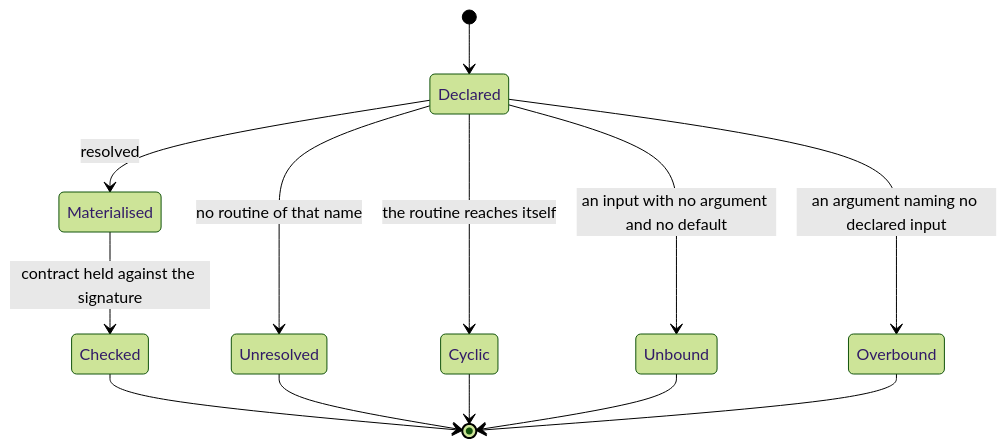
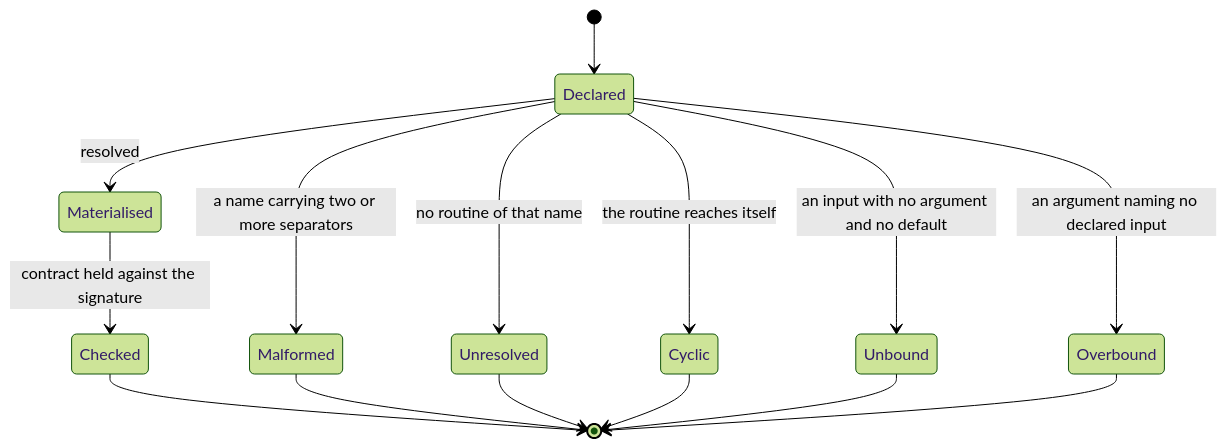
The ninth of 9 diagrams in artifacts/planning/2026-09-03-routines/README.md (m2ux/workflow-server), drawn with Mermaid (forest theme) before and after one commit. The commit also changed other lines of this file and 22 other files, not shown here.

````diff
--- a/artifacts/planning/2026-09-03-routines/README.md
+++ b/artifacts/planning/2026-09-03-routines/README.md
@@ -725,15 +823,17 @@
 ```mermaid
 stateDiagram-v2
     [*] --> Declared
+    Declared --> Malformed: a name carrying two or more separators
     Declared --> Unresolved: no routine of that name
     Declared --> Cyclic: the routine reaches itself
     Declared --> Unbound: an input with no argument and no default
     Declared --> Overbound: an argument naming no declared input
     Declared --> Materialised: resolved
     Materialised --> Checked: contract held against the signature
     Checked --> [*]
+    Malformed --> [*]
     Unresolved --> [*]
     Cyclic --> [*]
     Unbound --> [*]
     Overbound --> [*]
 ```
````
